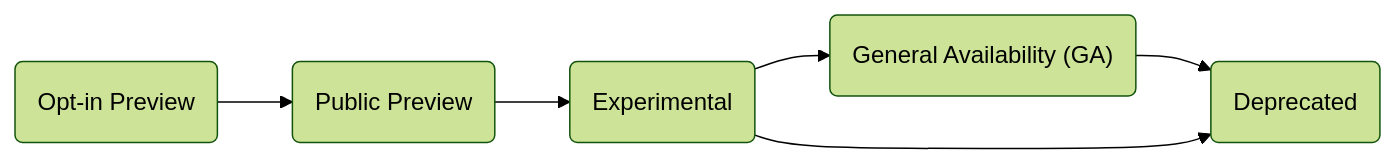
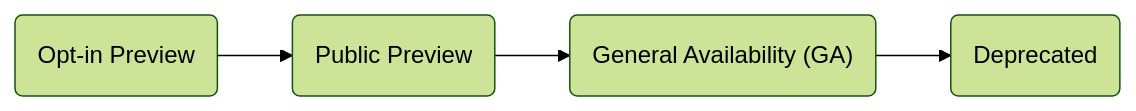
The second of 2 diagrams in docs/source/resources/release-stages.md (apollographql/apollo), drawn with Mermaid (forest theme) before and after one commit. The commit also changed other lines of this file, not shown here.

````diff
--- a/docs/source/resources/release-stages.md
+++ b/docs/source/resources/release-stages.md
@@ -55,10 +56,8 @@
 ```mermaid
 graph LR;
   optin(Opt-in Preview) --> public(Public Preview);
-  public --> experimental(Experimental);
-  experimental --> ga("General Availability (GA)");
+  public --> ga("General Availability (GA)");
   ga --> deprecated(Deprecated);
-  experimental --> deprecated;
-  class ga,experimental tertiary;
+  class ga tertiary;
   class deprecated secondary;
 ```
````
